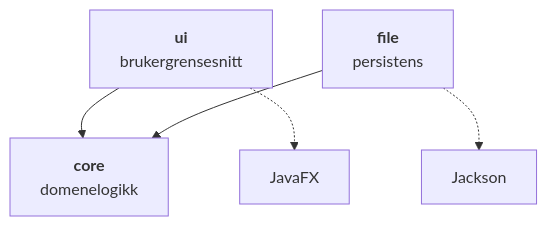
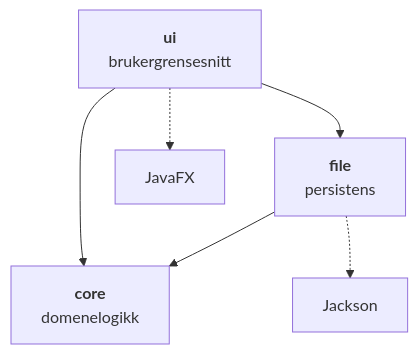
Before and after one commit to JesperBarosen/BIThub: the diagram in README.md, drawn with Mermaid.

Commit message:
Vis at ui er avhengig av file i diagrammet
Diagrammet viser nå en pil fra ui til file, siden App kobler
ReviewHandler til ReviewService ved oppstart.

ref #72

````diff
--- a/README.md
+++ b/README.md
@@ -20,7 +20,11 @@
 ```mermaid
 flowchart TD
-    ui["<b>ui</b><br/>brukergrensesnitt"] --> core["<b>core</b><br/>domenelogikk"]
-    file["<b>file</b><br/>persistens"]  --> core
+    ui["`**ui**
+    brukergrensesnitt`"] --> core["`**core**
+    domenelogikk`"]
+    file["`**file**
+    persistens`"] --> core
+    ui --> file
     ui -.-> javafx["JavaFX"]
     file -.-> jackson["Jackson"]
 ```
````
